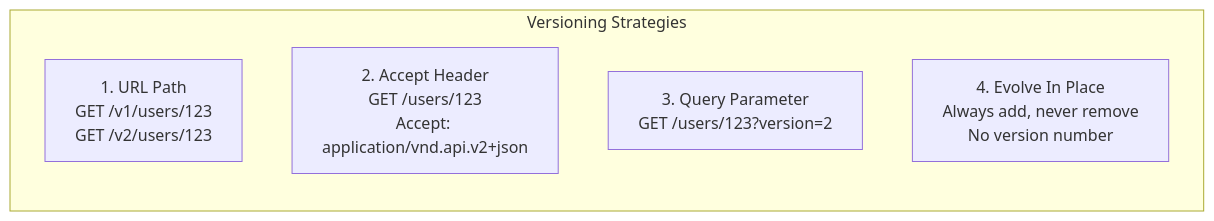
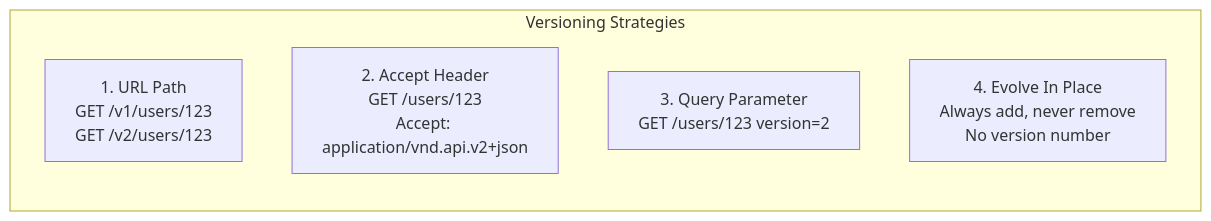
Before and after one commit to ranjeetnegi/System-Design-for-Staff-SWE: the sixth of 17 diagrams in Section0/Chapter_2_APIs_Frontend_Backend_DB.md, drawn with Mermaid. The commit also changed other lines of this file and 11 other files, not shown here.

````diff
--- a/Section0/Chapter_2_APIs_Frontend_Backend_DB.md
+++ b/Section0/Chapter_2_APIs_Frontend_Backend_DB.md
@@ -420,9 +420,9 @@
 ```mermaid
 graph LR
     subgraph VS ["Versioning Strategies"]
         URL["1. URL Path\nGET /v1/users/123\nGET /v2/users/123"]
         Header["2. Accept Header\nGET /users/123\nAccept: application/vnd.api.v2+json"]
-        Query["3. Query Parameter\nGET /users/123?version=2"]
+        Query["3. Query Parameter\nGET /users/123 version=2"]
         Evolve["4. Evolve In Place\nAlways add, never remove\nNo version number"]
     end
 ```
````
